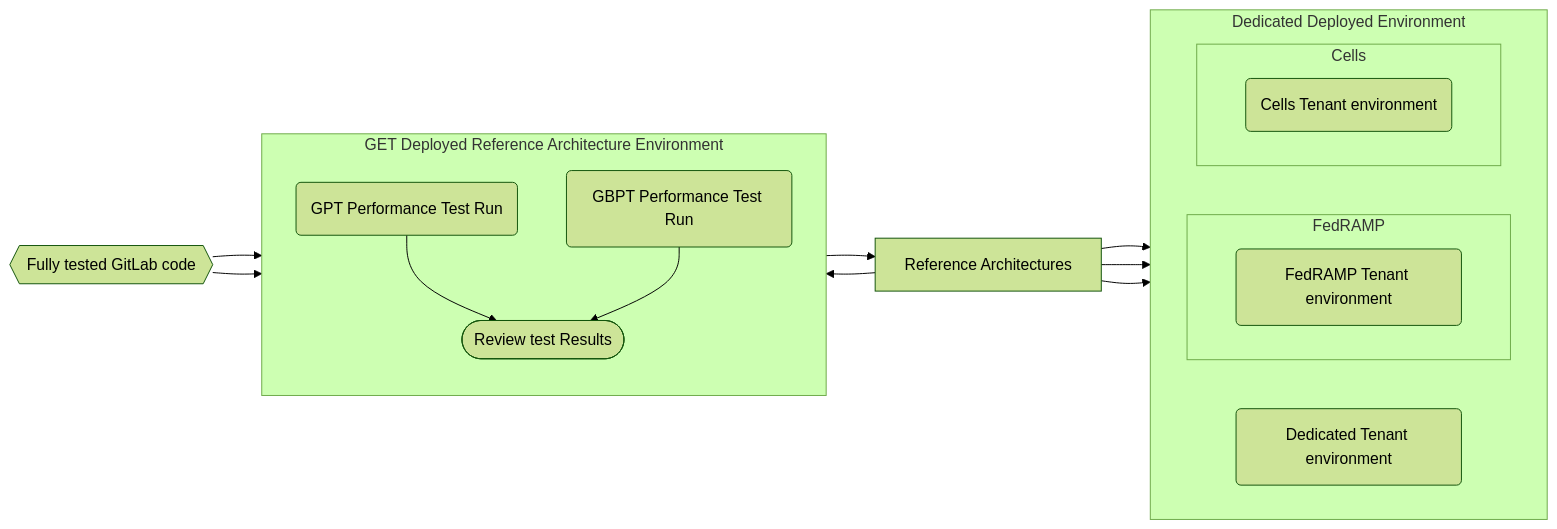
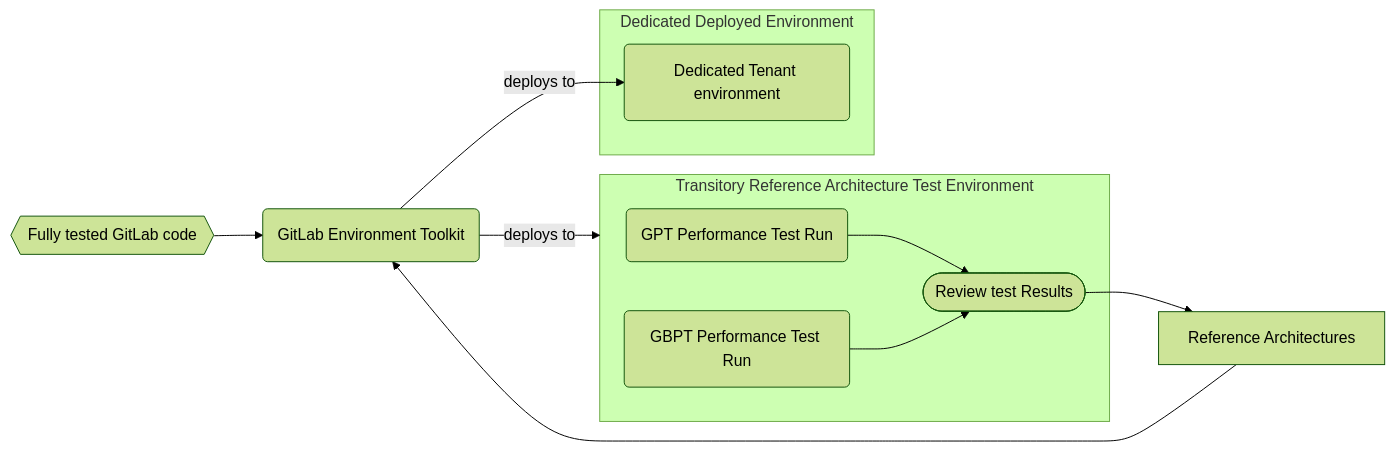
The first of 2 diagrams in content/handbook/engineering/infrastructure/test-platform/self-managed-platform-team/dedicated-performance-test-strategy.md (moliver28/research-handbook), drawn with Mermaid (forest theme) before and after one commit. The commit also changed other lines of this file, not shown here.

````diff
--- a/content/handbook/engineering/infrastructure/test-platform/self-managed-platform-team/dedicated-performance-test-strategy.md
+++ b/content/handbook/engineering/infrastructure/test-platform/self-managed-platform-team/dedicated-performance-test-strategy.md
@@ -17,46 +26,31 @@
 ```mermaid
 flowchart LR
   %% nodes
    tested_code{{Fully tested GitLab code}}
    reference_architectures[Reference Architectures]
    gpt_test(GPT Performance Test Run)
    gbpt_test(GBPT Performance Test Run)
    dedicated_tenant(Dedicated Tenant environment)
-   cell_tenant(Cells Tenant environment)
-   fedramp_tenant(FedRAMP Tenant environment)
    review_results([Review test Results])
-   
+   get(GitLab Environment Toolkit)
 
   %% diagram
-  tested_code --> gpt_test
-  tested_code --> gbpt_test
+  tested_code --> get
 
-  subgraph test_env[GET Deployed Reference Architecture Environment]
-    direction TB
+  subgraph test_env[Transitory Reference Architecture Test Environment]
     gpt_test
     gbpt_test
     review_results
   end
 
-  reference_architectures --> test_env
-  reference_architectures --> dedicated_tenant
-  reference_architectures --> cell_tenant
-  reference_architectures --> fedramp_tenant
+  reference_architectures --> get
+  get -- deploys to --> test_env
+  get -- deploys to --> dedicated_tenant
   gpt_test --> review_results
   gbpt_test --> review_results
   review_results --> reference_architectures
 
   subgraph Dedicated[Dedicated Deployed Environment]
-    direction LR
     dedicated_tenant
-    subgraph FedRAMP
-      direction LR
-      fedramp_tenant
-    end
-
-    subgraph Cells
-      direction LR
-      cell_tenant
-    end
   end
 ```
````
